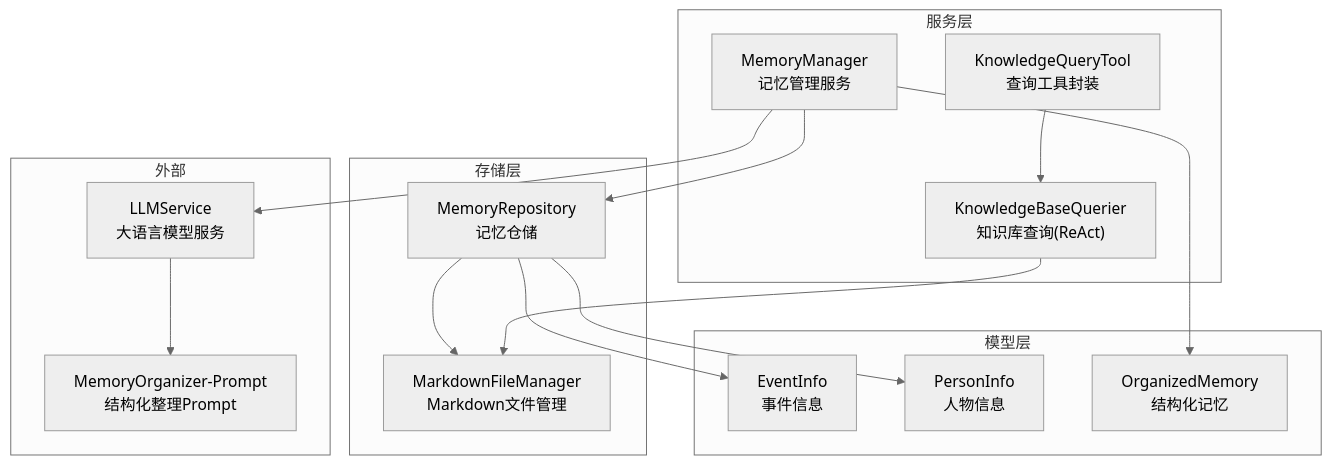
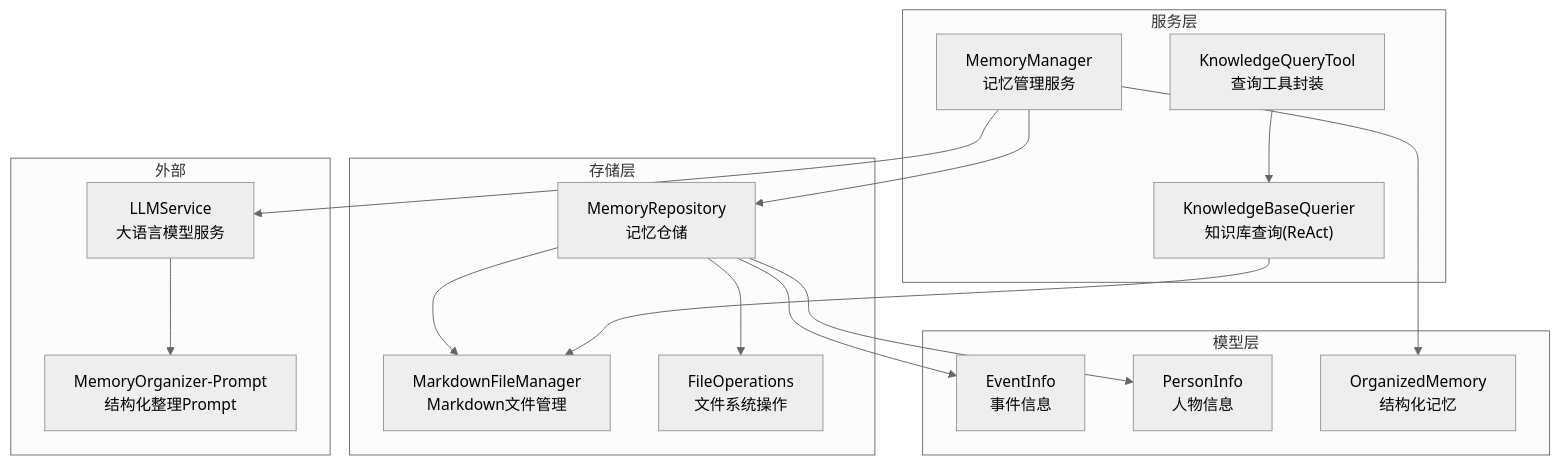
One commit to WangYiKai1017/zizuan changed the first of 7 diagrams in .qoder/repowiki/zh/content/记忆管理系统/记忆管理系统.md. Above: the diagram before and after it, drawn with Mermaid (neutral theme). The commit also changed other lines of this file and 99 other files, not shown here.

````diff
--- a/.qoder/repowiki/zh/content/记忆管理系统/记忆管理系统.md
+++ b/.qoder/repowiki/zh/content/记忆管理系统/记忆管理系统.md
@@ -38,30 +47,32 @@
 ```mermaid
 graph TB
 subgraph "服务层"
 MM["MemoryManager<br/>记忆管理服务"]
 KBQ["KnowledgeBaseQuerier<br/>知识库查询(ReAct)"]
 KQT["KnowledgeQueryTool<br/>查询工具封装"]
 end
 subgraph "存储层"
 MR["MemoryRepository<br/>记忆仓储"]
 MFM["MarkdownFileManager<br/>Markdown文件管理"]
+FO["FileOperations<br/>文件系统操作"]
 end
 subgraph "模型层"
 EM["EventInfo<br/>事件信息"]
 PM["PersonInfo<br/>人物信息"]
 OM["OrganizedMemory<br/>结构化记忆"]
 end
 subgraph "外部"
 LLM["LLMService<br/>大语言模型服务"]
 PROMPT["MemoryOrganizer-Prompt<br/>结构化整理Prompt"]
 end
 MM --> MR
 MR --> MFM
+MR --> FO
 MM --> LLM
 LLM --> PROMPT
 KBQ --> MFM
 KQT --> KBQ
 MR --> EM
 MR --> PM
 MM --> OM
 ```
````
